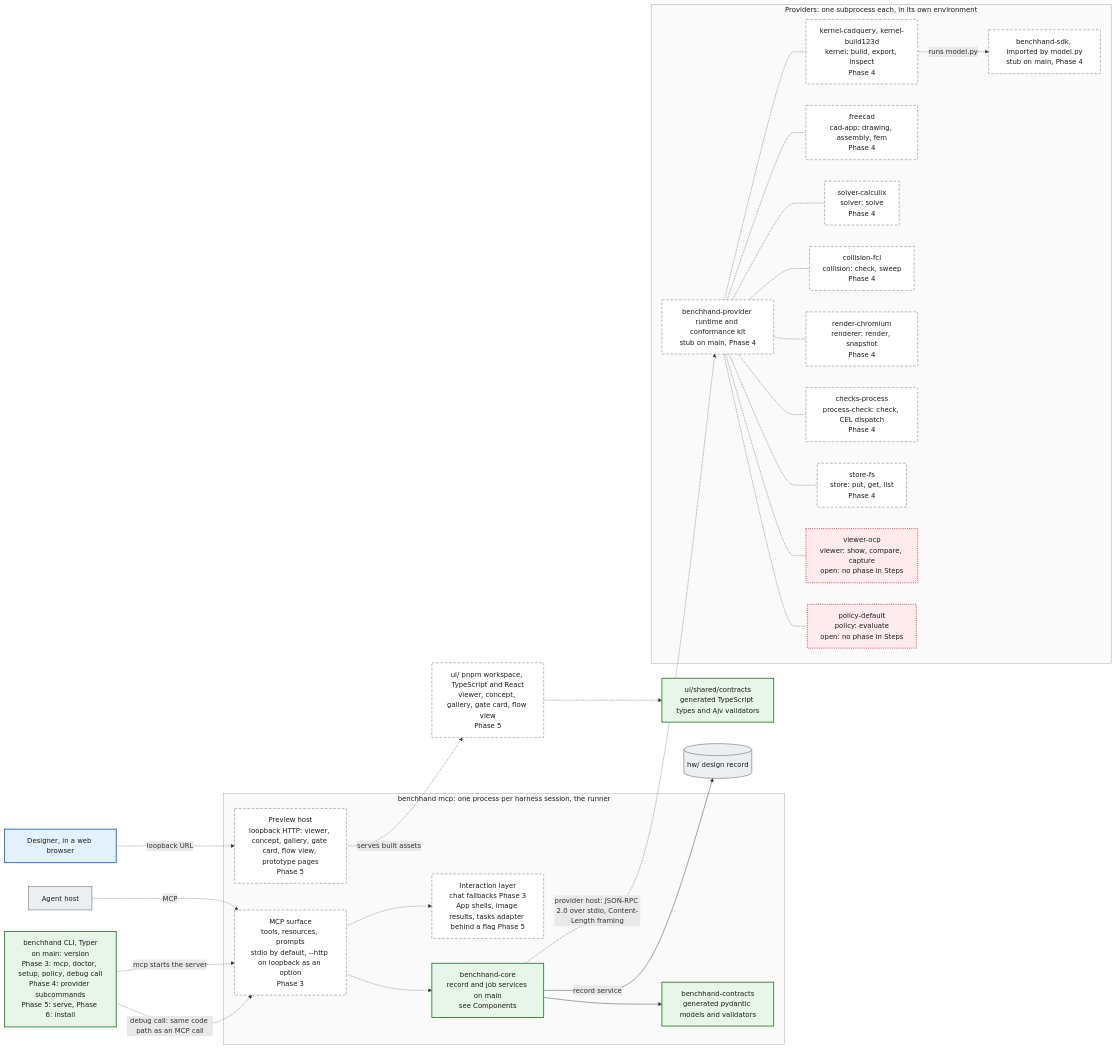
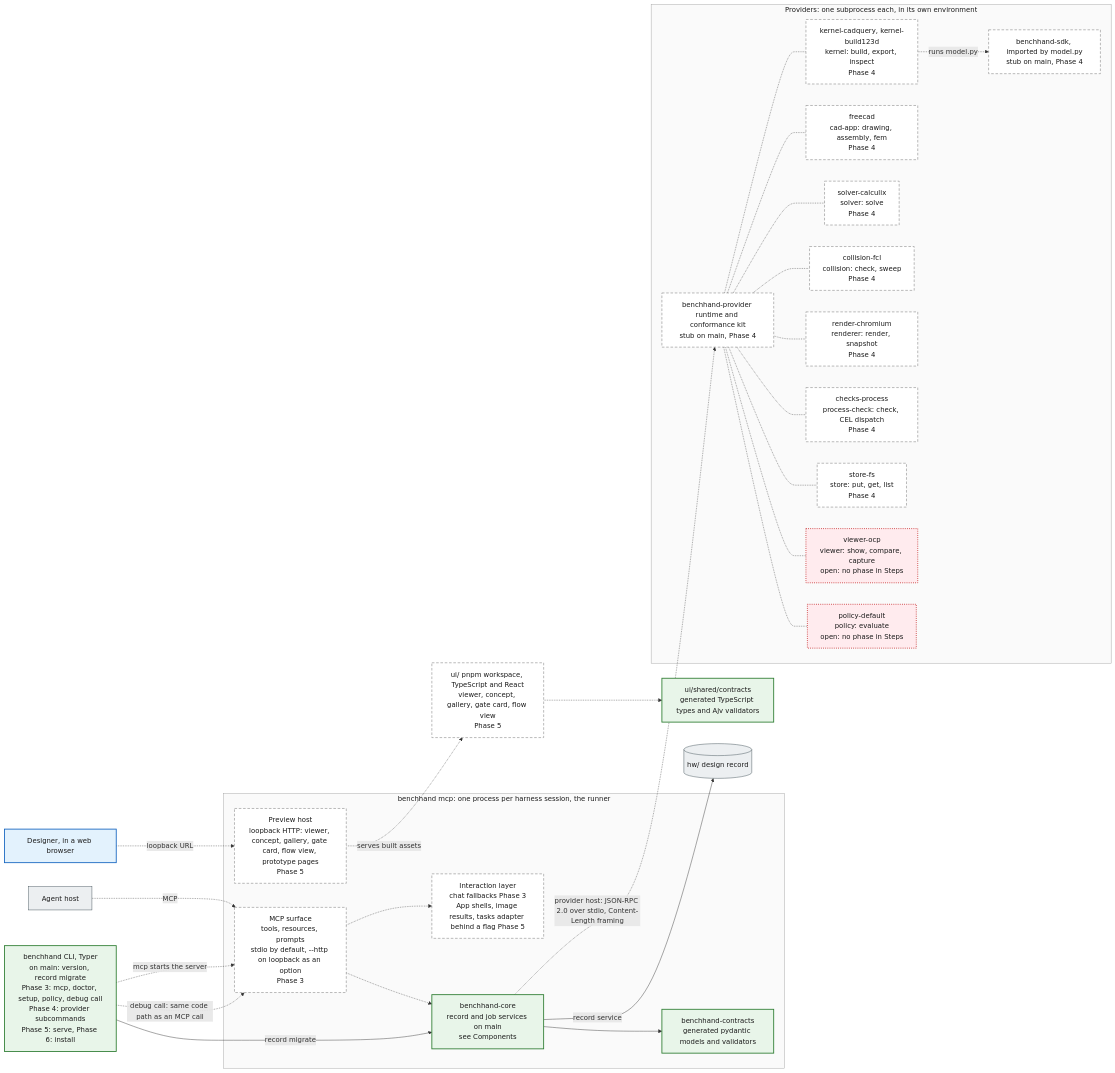
One commit to benchhand/benchhand-next changed the first of 3 diagrams in docs/architecture/containers.md. Above: the diagram before and after it, drawn with Mermaid. The commit also changed other lines of this file and 4 other files, not shown here.

Commit message:
docs(architecture): migrate is on main at d974f57; redraw the migrate sequence with the owner file, the lock naming its backup, COMPLETE with the manifest hash and kept ABANDONED backups

````diff
--- a/docs/architecture/containers.md
+++ b/docs/architecture/containers.md
@@ -8,57 +8,58 @@
 ```mermaid
 flowchart LR
   host["Agent host"]:::ext
   person["Designer, in a web browser"]:::person
 
   subgraph process["benchhand mcp: one process per harness session, the runner"]
     surface["MCP surface<br/>tools, resources, prompts<br/>stdio by default, --http on loopback as an option<br/>Phase 3"]:::planned
     interaction["Interaction layer<br/>chat fallbacks Phase 3<br/>App shells, image results, tasks adapter behind a flag Phase 5"]:::planned
     preview["Preview host<br/>loopback HTTP: viewer, concept, gallery, gate card, flow view, prototype pages<br/>Phase 5"]:::planned
     core["benchhand-core<br/>record and job services on main<br/>see Components"]:::impl
     contractsPkg["benchhand-contracts<br/>generated pydantic models and validators"]:::impl
   end
 
-  cli["benchhand CLI, Typer<br/>on main: version<br/>Phase 3: mcp, doctor, setup, policy, debug call<br/>Phase 4: provider subcommands<br/>Phase 5: serve, Phase 6: install"]:::impl
+  cli["benchhand CLI, Typer<br/>on main: version, record migrate<br/>Phase 3: mcp, doctor, setup, policy, debug call<br/>Phase 4: provider subcommands<br/>Phase 5: serve, Phase 6: install"]:::impl
 
   subgraph providers["Providers: one subprocess each, in its own environment"]
     providerRuntime["benchhand-provider runtime and conformance kit<br/>stub on main, Phase 4"]:::planned
     kernels["kernel-cadquery, kernel-build123d<br/>kernel: build, export, inspect<br/>Phase 4"]:::planned
     sdk["benchhand-sdk, imported by model.py<br/>stub on main, Phase 4"]:::planned
     freecadProvider["freecad<br/>cad-app: drawing, assembly, fem<br/>Phase 4"]:::planned
     solver["solver-calculix<br/>solver: solve<br/>Phase 4"]:::planned
     collision["collision-fcl<br/>collision: check, sweep<br/>Phase 4"]:::planned
     renderer["render-chromium<br/>renderer: render, snapshot<br/>Phase 4"]:::planned
     checks["checks-process<br/>process-check: check, CEL dispatch<br/>Phase 4"]:::planned
     store["store-fs<br/>store: put, get, list<br/>Phase 4"]:::planned
     viewer["viewer-ocp<br/>viewer: show, compare, capture<br/>open: no phase in Steps"]:::open
     policy["policy-default<br/>policy: evaluate<br/>open: no phase in Steps"]:::open
   end
 
   ui["ui/ pnpm workspace, TypeScript and React<br/>viewer, concept, gallery, gate card, flow view<br/>Phase 5"]:::planned
   uiShared["ui/shared/contracts<br/>generated TypeScript types and Ajv validators"]:::impl
   hw[("hw/ design record")]:::ext
 
   host -.->|"MCP"| surface
   surface -.-> interaction
   surface -.-> core
   person -.->|"loopback URL"| preview
   preview -.->|"serves built assets"| ui
   ui -.-> uiShared
   cli -.->|"mcp starts the server"| surface
   cli -.->|"debug call: same code path as an MCP call"| surface
+  cli -->|"record migrate"| core
   core --> contractsPkg
   core -->|"record service"| hw
   core -.->|"provider host: JSON-RPC 2.0 over stdio, Content-Length framing"| providerRuntime
   providerRuntime -.- kernels & freecadProvider & solver & collision & renderer & checks & store & viewer & policy
   kernels -.->|"runs model.py"| sdk
 
   style process fill:#fafafa,stroke:#9e9e9e,color:#1b1b1b
   style providers fill:#fafafa,stroke:#9e9e9e,color:#1b1b1b
 
   classDef impl fill:#e8f5e9,stroke:#2e7d32,stroke-width:2px,color:#1b1b1b
   classDef review fill:#fff3e0,stroke:#e65100,stroke-width:2px,stroke-dasharray:6 4,color:#1b1b1b
   classDef planned fill:#ffffff,stroke:#616161,stroke-width:1px,stroke-dasharray:6 4,color:#1b1b1b
   classDef open fill:#ffebee,stroke:#c62828,stroke-width:2px,stroke-dasharray:2 3,color:#1b1b1b
   classDef ext fill:#eceff1,stroke:#37474f,stroke-width:1px,color:#1b1b1b
   classDef person fill:#e3f2fd,stroke:#1565c0,stroke-width:2px,color:#1b1b1b
 ```
````
